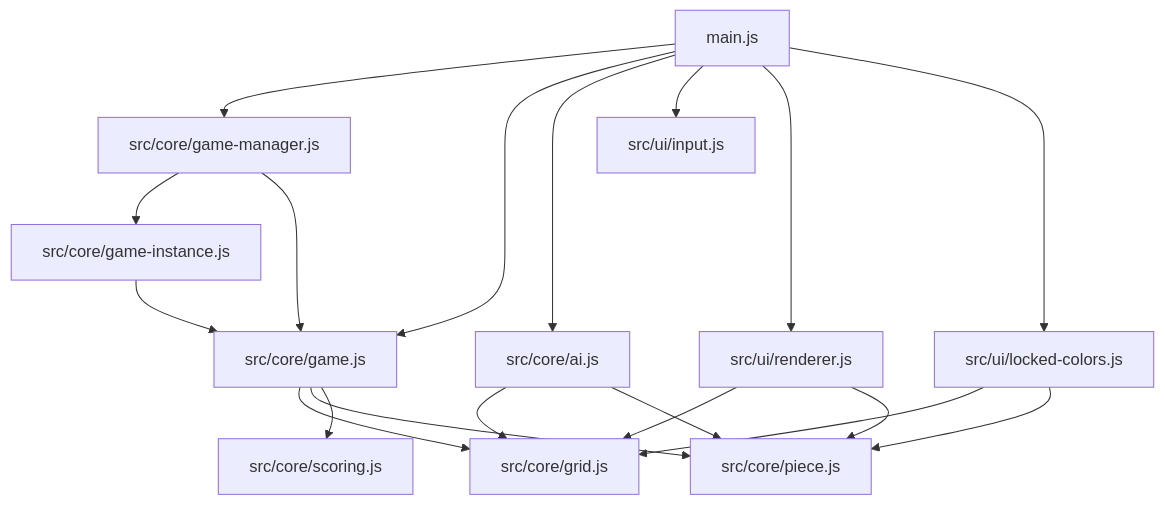
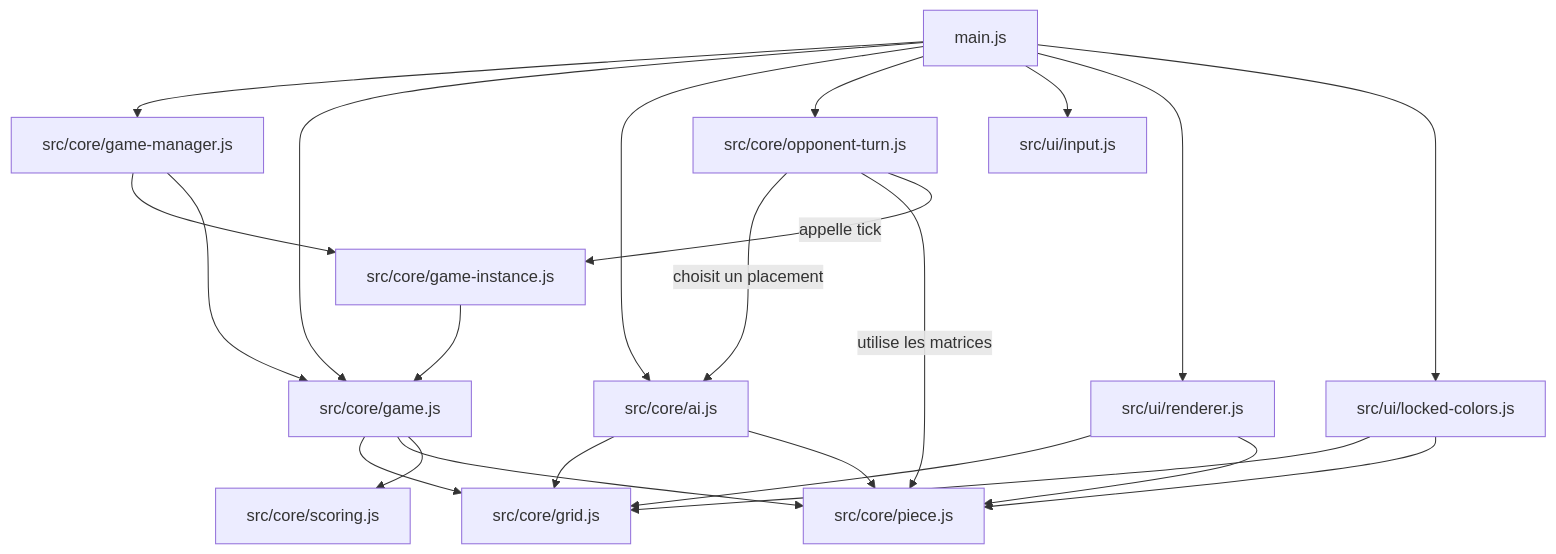
One commit to TALEBWISSAME/TETRIS-Jeu changed the first of 2 diagrams in docs/ARCHITECTURE.md. Above: the diagram before and after it, drawn with Mermaid. The commit also changed other lines of this file and 1 other file, not shown here.

````diff
--- a/docs/ARCHITECTURE.md
+++ b/docs/ARCHITECTURE.md
@@ -112,33 +118,38 @@
 ```mermaid
 flowchart TD
     Main["main.js"]
     Game["src/core/game.js"]
     Grid["src/core/grid.js"]
     Piece["src/core/piece.js"]
     Scoring["src/core/scoring.js"]
     Instance["src/core/game-instance.js"]
     Manager["src/core/game-manager.js"]
     AI["src/core/ai.js"]
+    Opponent["src/core/opponent-turn.js"]
     Input["src/ui/input.js"]
     Renderer["src/ui/renderer.js"]
     Colors["src/ui/locked-colors.js"]
 
     Main --> Manager
     Main --> Game
     Main --> AI
+    Main --> Opponent
     Main --> Input
     Main --> Renderer
     Main --> Colors
     Manager --> Instance
     Manager --> Game
     Instance --> Game
+    Opponent -->|choisit un placement| AI
+    Opponent -->|utilise les matrices| Piece
+    Opponent -->|appelle tick| Instance
     Game --> Grid
     Game --> Piece
     Game --> Scoring
     AI --> Grid
     AI --> Piece
     Renderer --> Grid
     Renderer --> Piece
     Colors --> Grid
     Colors --> Piece
 ```
````
